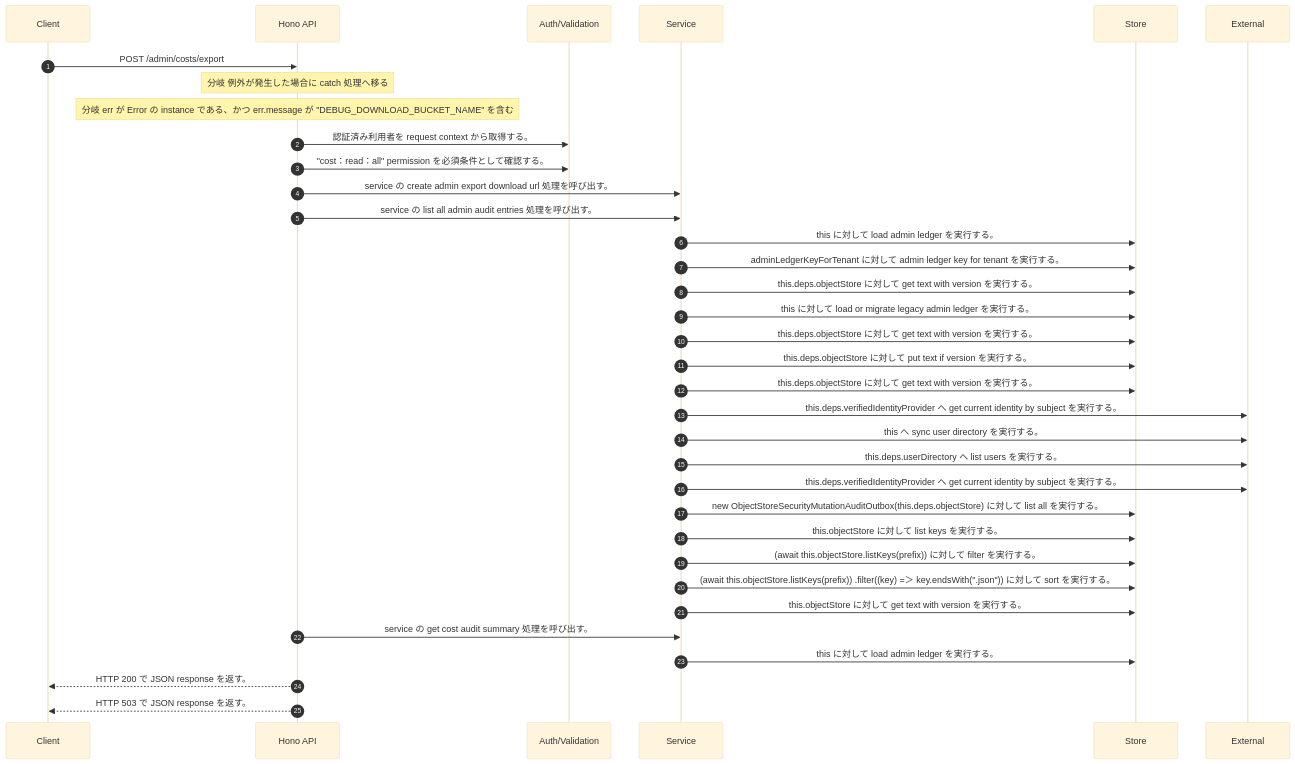
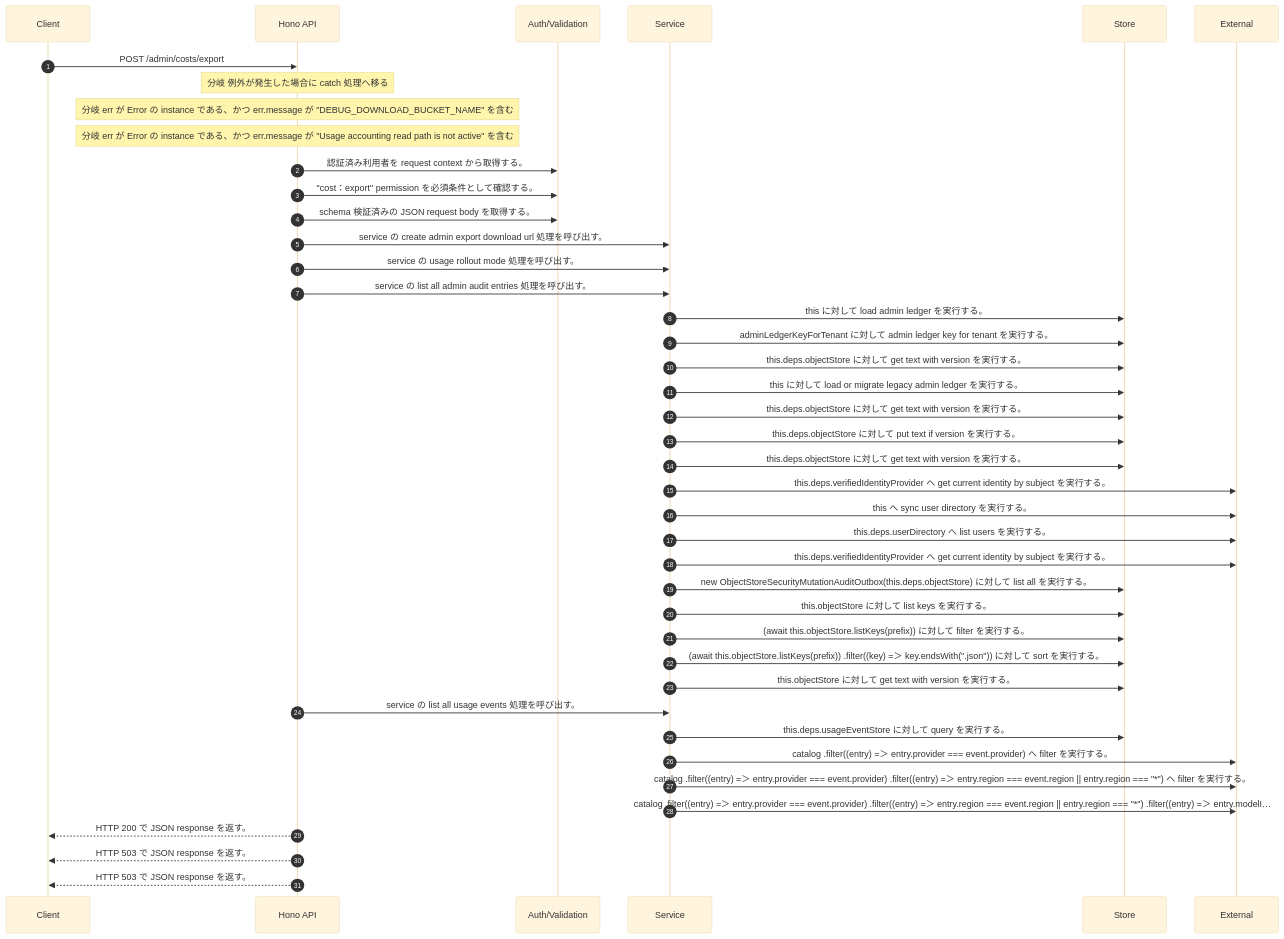
The diagram in docs/generated/api-code/post-admin-costs-export/sequence_gen.md (tsuji-tomonori/rag-assist), drawn with Mermaid (base theme) before and after one commit. The commit also changed other lines of this file and 398 other files, not shown here.

````diff
--- a/docs/generated/api-code/post-admin-costs-export/sequence_gen.md
+++ b/docs/generated/api-code/post-admin-costs-export/sequence_gen.md
@@ -7,37 +7,44 @@
 ```mermaid
 sequenceDiagram
   autonumber
   participant Client as Client
   participant API as Hono API
   participant Auth as Auth/Validation
   participant Service as Service
   participant Store as Store
   participant External as External
   Client->>API: POST /admin/costs/export
   Note over API: 分岐 例外が発生した場合に catch 処理へ移る
   Note over API: 分岐 err が Error の instance である、かつ err.message が "DEBUG_DOWNLOAD_BUCKET_NAME" を含む
+  Note over API: 分岐 err が Error の instance である、かつ err.message が "Usage accounting read path is not active" を含む
   API->>Auth: 認証済み利用者を request context から取得する。
-  API->>Auth: "cost：read：all" permission を必須条件として確認する。
+  API->>Auth: "cost：export" permission を必須条件として確認する。
+  API->>Auth: schema 検証済みの JSON request body を取得する。
   API->>Service: service の create admin export download url 処理を呼び出す。
+  API->>Service: service の usage rollout mode 処理を呼び出す。
   API->>Service: service の list all admin audit entries 処理を呼び出す。
   Service->>Store: this に対して load admin ledger を実行する。
   Service->>Store: adminLedgerKeyForTenant に対して admin ledger key for tenant を実行する。
   Service->>Store: this.deps.objectStore に対して get text with version を実行する。
   Service->>Store: this に対して load or migrate legacy admin ledger を実行する。
   Service->>Store: this.deps.objectStore に対して get text with version を実行する。
   Service->>Store: this.deps.objectStore に対して put text if version を実行する。
   Service->>Store: this.deps.objectStore に対して get text with version を実行する。
   Service->>External: this.deps.verifiedIdentityProvider へ get current identity by subject を実行する。
   Service->>External: this へ sync user directory を実行する。
   Service->>External: this.deps.userDirectory へ list users を実行する。
   Service->>External: this.deps.verifiedIdentityProvider へ get current identity by subject を実行する。
   Service->>Store: new ObjectStoreSecurityMutationAuditOutbox(this.deps.objectStore) に対して list all を実行する。
   Service->>Store: this.objectStore に対して list keys を実行する。
   Service->>Store: (await this.objectStore.listKeys(prefix))        に対して filter を実行する。
   Service->>Store: (await this.objectStore.listKeys(prefix))       .filter((key) =＞ key.endsWith(".json"))        に対して sort を実行する。
   Service->>Store: this.objectStore に対して get text with version を実行する。
-  API->>Service: service の get cost audit summary 処理を呼び出す。
-  Service->>Store: this に対して load admin ledger を実行する。
+  API->>Service: service の list all usage events 処理を呼び出す。
+  Service->>Store: this.deps.usageEventStore に対して query を実行する。
+  Service->>External: catalog     .filter((entry) =＞ entry.provider === event.provider)      へ filter を実行する。
+  Service->>External: catalog     .filter((entry) =＞ entry.provider === event.provider)     .filter((entry) =＞ entry.region === event.region || entry.region === "*")      へ filter を実行する。
+  Service->>External: catalog     .filter((entry) =＞ entry.provider === event.provider)     .filter((entry) =＞ entry.region === event.region || entry.region === "*")     .filter((entry) =＞ entry.modelI…
   API-->>Client: HTTP 200 で JSON response を返す。
   API-->>Client: HTTP 503 で JSON response を返す。
+  API-->>Client: HTTP 503 で JSON response を返す。
 ```
````
